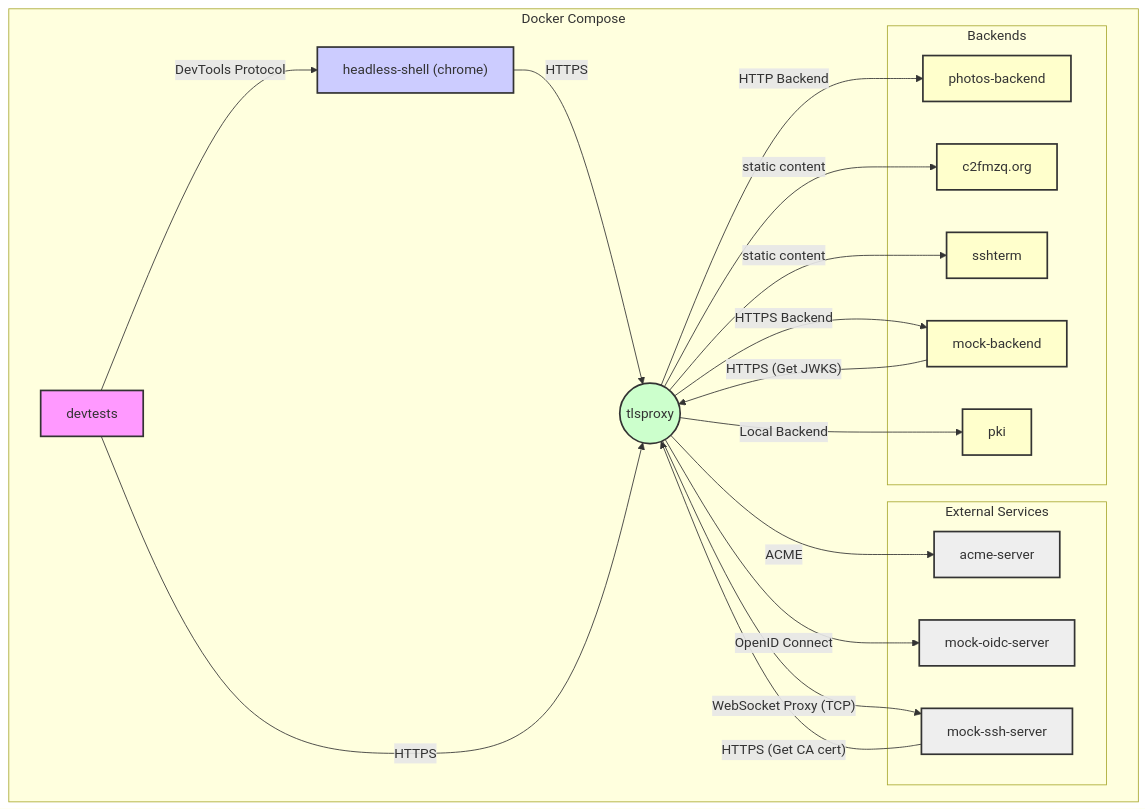
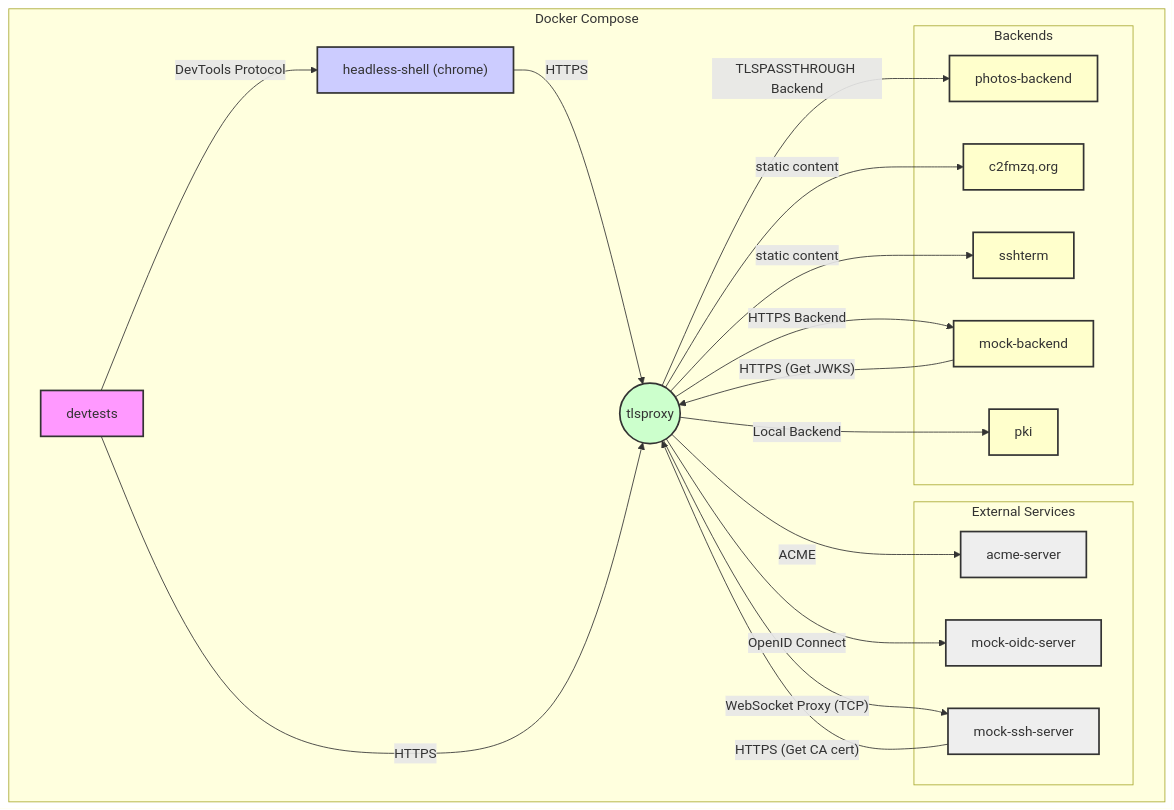
One commit to c2FmZQ/integration-tests changed the diagram in README.md. Above: the diagram before and after it, drawn with Mermaid. The commit also changed 2 other files, not shown here.

Commit message:
Photos tlspassthrough (#19)

````diff
--- a/README.md
+++ b/README.md
@@ -9,46 +9,46 @@
 ```mermaid
 graph TD
     subgraph "Docker Compose"
         A[devtests]
         B["headless-shell (chrome)"];
         P((tlsproxy));
         subgraph "External Services"
             S1[acme-server];
             S2[mock-oidc-server];
             S3[mock-ssh-server];
         end
         subgraph "Backends"
             B1[photos-backend];
             B2[c2fmzq.org];
             B3[sshterm];
             B4[mock-backend];
             B5[pki]
         end
     end
 
     A -->|DevTools Protocol| B;
     B -->|HTTPS| P;
     A -->|HTTPS| P;
     P -->|"ACME"| S1;
     P -->|"OpenID Connect"| S2;
     P -->|"WebSocket Proxy (TCP)"| S3;
     S3 -->|"HTTPS (Get CA cert)"| P;
-    P -->|HTTP Backend| B1;
+    P -->|TLSPASSTHROUGH Backend| B1;
     P -->|static content| B2;
     P -->|static content| B3;
     P -->|HTTPS Backend| B4;
     B4 -->|"HTTPS (Get JWKS)"| P
     P -->|Local Backend| B5;
 
     style S1 fill:#eee,stroke:#333,stroke-width:2px
     style S2 fill:#eee,stroke:#333,stroke-width:2px
     style S3 fill:#eee,stroke:#333,stroke-width:2px
     style A fill:#f9f,stroke:#333,stroke-width:2px
     style B fill:#ccf,stroke:#333,stroke-width:2px
     style P fill:#cfc,stroke:#333,stroke-width:2px
     style B1 fill:#ffc,stroke:#333,stroke-width:2px
     style B2 fill:#ffc,stroke:#333,stroke-width:2px
     style B3 fill:#ffc,stroke:#333,stroke-width:2px
     style B4 fill:#ffc,stroke:#333,stroke-width:2px
     style B5 fill:#ffc,stroke:#333,stroke-width:2px
 ```
````
